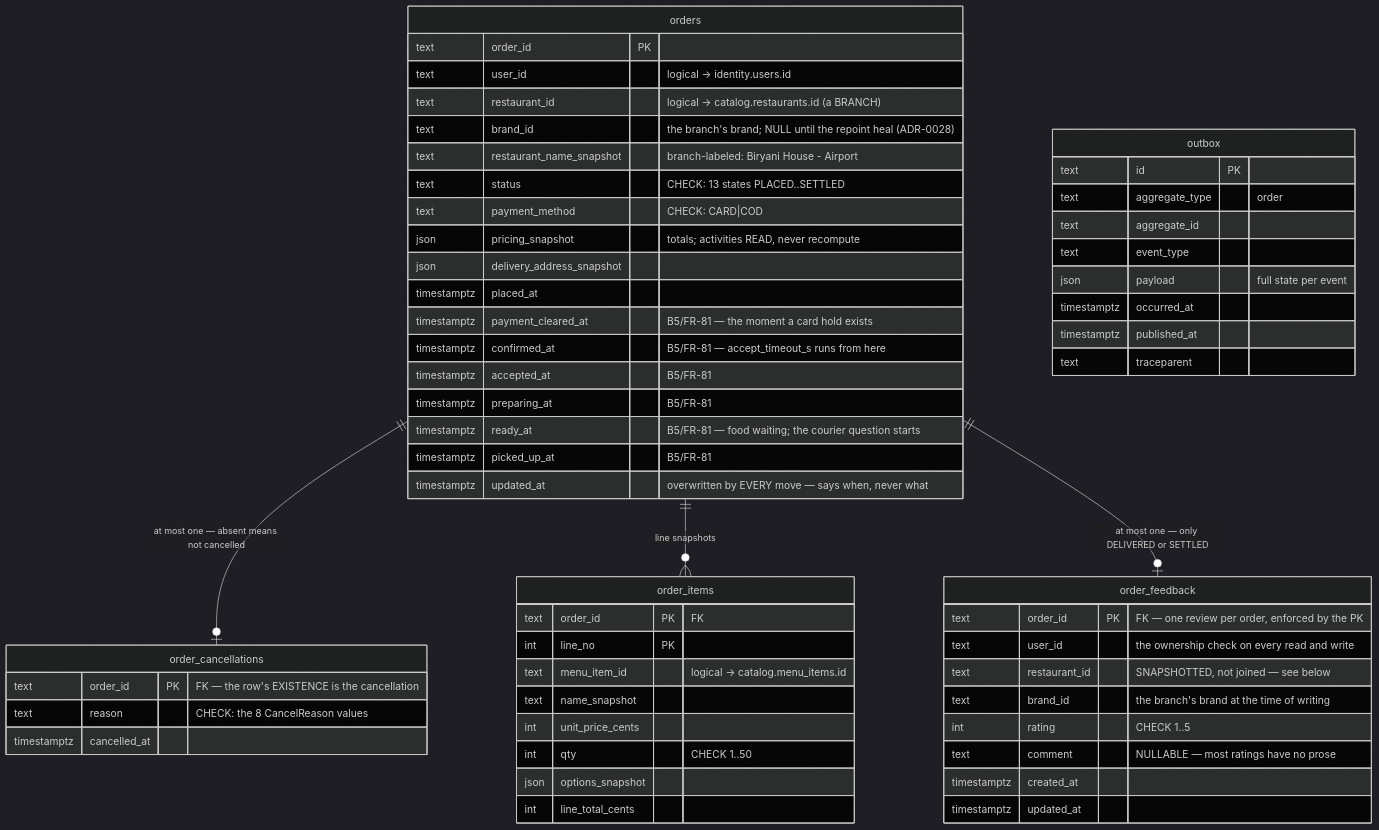
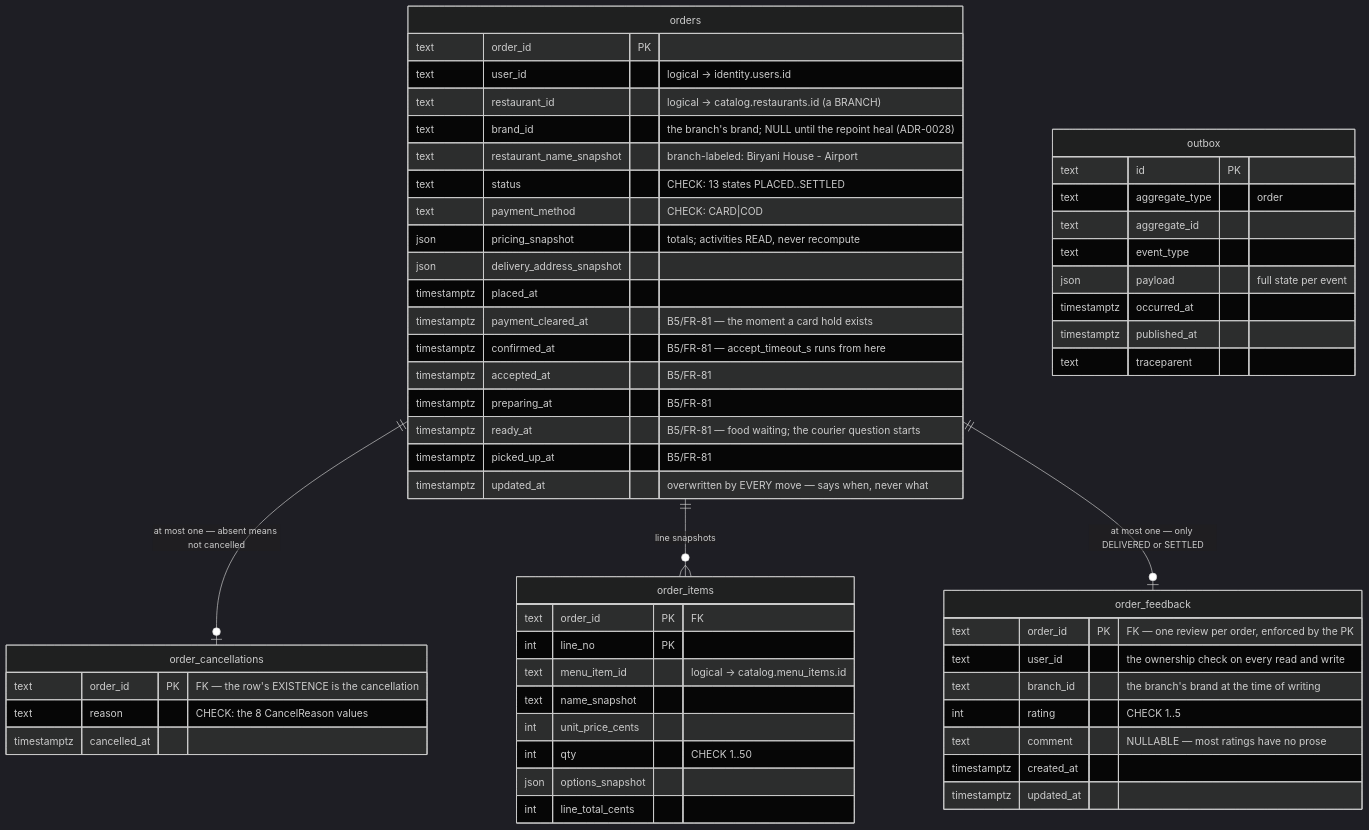
One commit to Aizazahmed-7/SmartFoodOps changed the fourth of 7 diagrams in docs/erd.md. Above: the diagram before and after it, drawn with Mermaid (dark theme). The commit also changed other lines of this file, not shown here.

````diff
--- a/docs/erd.md
+++ b/docs/erd.md
@@ -276,60 +276,59 @@
 ```mermaid
 erDiagram
     orders {
         text order_id PK
         text user_id "logical -> identity.users.id"
         text restaurant_id "logical -> catalog.restaurants.id (a BRANCH)"
         text brand_id "the branch's brand; NULL until the repoint heal (ADR-0028)"
         text restaurant_name_snapshot "branch-labeled: Biryani House - Airport"
         text status "CHECK: 13 states PLACED..SETTLED"
         text payment_method "CHECK: CARD|COD"
         json pricing_snapshot "totals; activities READ, never recompute"
         json delivery_address_snapshot
         timestamptz placed_at
         timestamptz payment_cleared_at "B5/FR-81 — the moment a card hold exists"
         timestamptz confirmed_at "B5/FR-81 — accept_timeout_s runs from here"
         timestamptz accepted_at "B5/FR-81"
         timestamptz preparing_at "B5/FR-81"
         timestamptz ready_at "B5/FR-81 — food waiting; the courier question starts"
         timestamptz picked_up_at "B5/FR-81"
         timestamptz updated_at "overwritten by EVERY move — says when, never what"
     }
     order_cancellations {
         text order_id PK "FK — the row's EXISTENCE is the cancellation"
         text reason "CHECK: the 8 CancelReason values"
         timestamptz cancelled_at
     }
     order_items {
         text order_id PK "FK"
         int line_no PK
         text menu_item_id "logical -> catalog.menu_items.id"
         text name_snapshot
         int unit_price_cents
         int qty "CHECK 1..50"
         json options_snapshot
         int line_total_cents
     }
     outbox {
         text id PK
         text aggregate_type "order"
         text aggregate_id
         text event_type
         json payload "full state per event"
         timestamptz occurred_at
         timestamptz published_at
         text traceparent
     }
     order_feedback {
         text order_id PK "FK — one review per order, enforced by the PK"
         text user_id "the ownership check on every read and write"
-        text restaurant_id "SNAPSHOTTED, not joined — see below"
-        text brand_id "the branch's brand at the time of writing"
+        text branch_id "the branch's brand at the time of writing"
         int rating "CHECK 1..5"
         text comment "NULLABLE — most ratings have no prose"
         timestamptz created_at
         timestamptz updated_at
     }
     orders ||--o| order_cancellations : "at most one — absent means not cancelled"
     orders ||--o{ order_items : "line snapshots"
     orders ||--o| order_feedback : "at most one — only DELIVERED or SETTLED"
 ```
````
